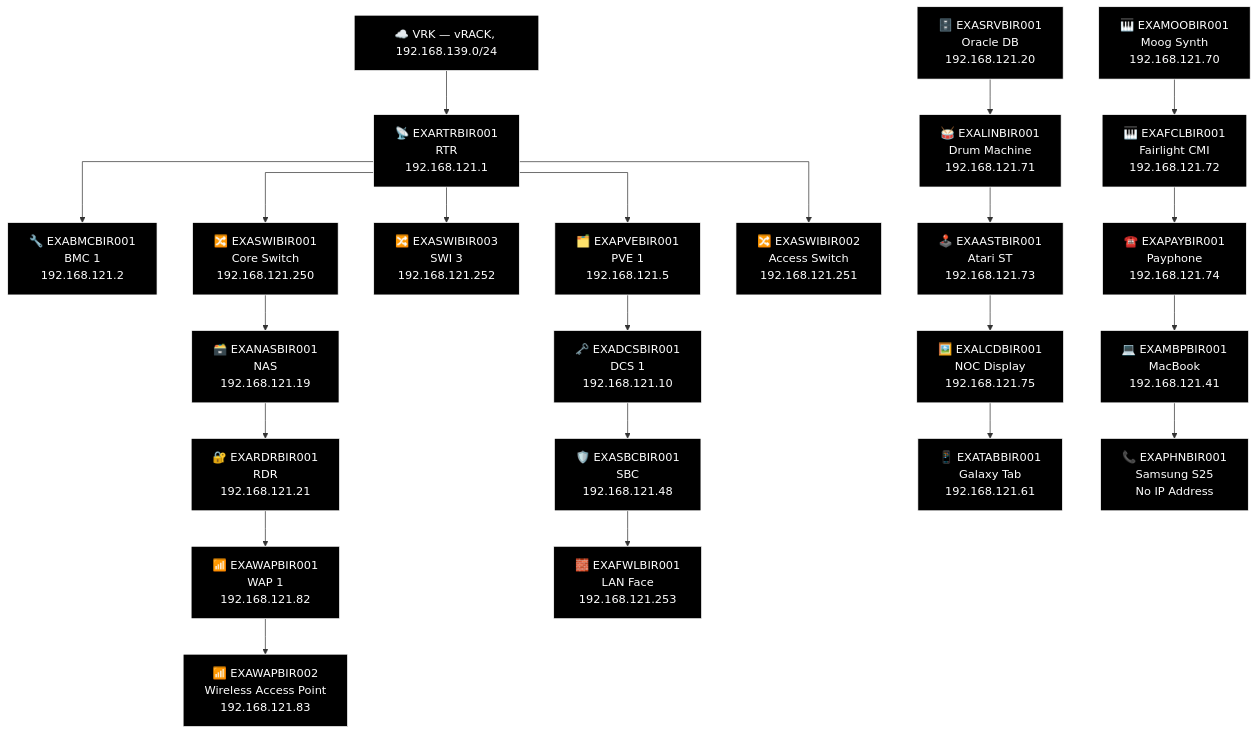
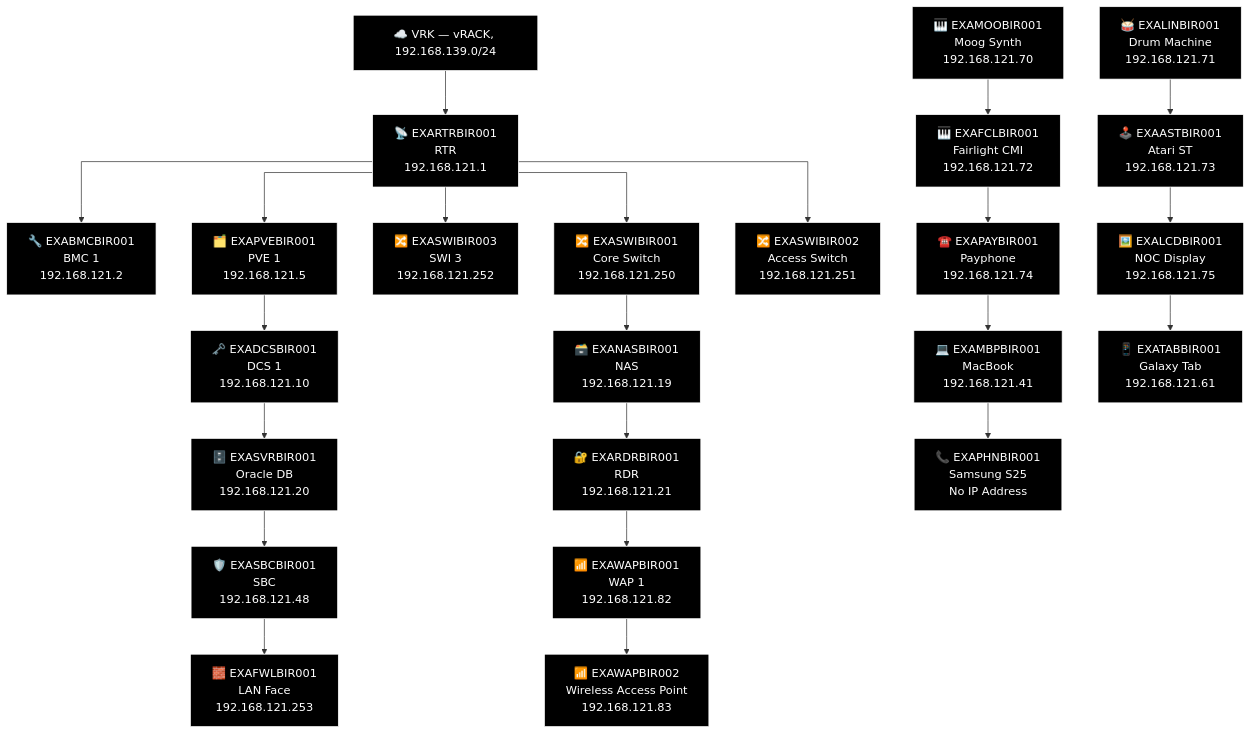
Before and after one commit to knightmare2600/example_music_infra: the sixth of 27 diagrams in docs/network-diagram/england.md, drawn with Mermaid. The commit also changed other lines of this file and 44 other files, not shown here.

````diff
--- a/docs/network-diagram/england.md
+++ b/docs/network-diagram/england.md
@@ -281,64 +281,64 @@
 ```mermaid
 %% GENERATED:TOPOLOGY:BIR:START
 %%{init: {'flowchart': {'curve': 'stepAfter'}}}%%
 graph TD
     T_VRK["☁️ VRK — vRACK, 192.168.139.0/24"]
     T_RTR["📡 EXARTRBIR001<br/>RTR<br/>192.168.121.1"]
     T_VRK --> T_RTR
     T_BMC["🔧 EXABMCBIR001<br/>BMC 1<br/>192.168.121.2"]
     T_RTR --> T_BMC
     T_PVE["🗂️ EXAPVEBIR001<br/>PVE 1<br/>192.168.121.5"]
     T_RTR --> T_PVE
     T_SWI["🔀 EXASWIBIR003<br/>SWI 3<br/>192.168.121.252"]
     T_RTR --> T_SWI
     T_SWI2["🔀 EXASWIBIR001<br/>Core Switch<br/>192.168.121.250"]
     T_RTR --> T_SWI2
     T_SWI3["🔀 EXASWIBIR002<br/>Access Switch<br/>192.168.121.251"]
     T_RTR --> T_SWI3
     T_NAS["🗃️ EXANASBIR001<br/>NAS<br/>192.168.121.19"]
     T_RDR["🔐 EXARDRBIR001<br/>RDR<br/>192.168.121.21"]
     T_WAP["📶 EXAWAPBIR001<br/>WAP 1<br/>192.168.121.82"]
     T_WAP2["📶 EXAWAPBIR002<br/>Wireless Access Point<br/>192.168.121.83"]
     T_SWI2 --> T_NAS --> T_RDR --> T_WAP --> T_WAP2
     T_DCS["🗝️ EXADCSBIR001<br/>DCS 1<br/>192.168.121.10"]
+    T_SVR["🗄️ EXASVRBIR001<br/>Oracle DB<br/>192.168.121.20"]
     T_SBC["🛡️ EXASBCBIR001<br/>SBC<br/>192.168.121.48"]
     T_FWL["🧱 EXAFWLBIR001<br/>LAN Face<br/>192.168.121.253"]
-    T_PVE --> T_DCS --> T_SBC --> T_FWL
-    T_SRV["🗄️ EXASRVBIR001<br/>Oracle DB<br/>192.168.121.20"]
+    T_PVE --> T_DCS --> T_SVR --> T_SBC --> T_FWL
     T_MOO["🎹 EXAMOOBIR001<br/>Moog Synth<br/>192.168.121.70"]
     T_LIN["🥁 EXALINBIR001<br/>Drum Machine<br/>192.168.121.71"]
     T_FCL["🎹 EXAFCLBIR001<br/>Fairlight CMI<br/>192.168.121.72"]
     T_AST["🕹️ EXAASTBIR001<br/>Atari ST<br/>192.168.121.73"]
     T_PAY["☎️ EXAPAYBIR001<br/>Payphone<br/>192.168.121.74"]
     T_LCD["🖼️ EXALCDBIR001<br/>NOC Display<br/>192.168.121.75"]
     T_MBP["💻 EXAMBPBIR001<br/>MacBook<br/>192.168.121.41"]
     T_TAB["📱 EXATABBIR001<br/>Galaxy Tab<br/>192.168.121.61"]
     T_PHN["📞 EXAPHNBIR001<br/>Samsung S25<br/>No IP Address"]
-    T_SRV --> T_LIN --> T_AST --> T_LCD --> T_TAB
     T_MOO --> T_FCL --> T_PAY --> T_MBP --> T_PHN
+    T_LIN --> T_AST --> T_LCD --> T_TAB
     style T_VRK fill:#000000,stroke:#FFFFFF,color:#FFFFFF
     style T_RTR fill:#000000,stroke:#FFFFFF,color:#FFFFFF
     style T_BMC fill:#000000,stroke:#FFFFFF,color:#FFFFFF
     style T_PVE fill:#000000,stroke:#FFFFFF,color:#FFFFFF
     style T_SWI fill:#000000,stroke:#FFFFFF,color:#FFFFFF
     style T_SWI2 fill:#000000,stroke:#FFFFFF,color:#FFFFFF
     style T_SWI3 fill:#000000,stroke:#FFFFFF,color:#FFFFFF
     style T_NAS fill:#000000,stroke:#FFFFFF,color:#FFFFFF
     style T_RDR fill:#000000,stroke:#FFFFFF,color:#FFFFFF
     style T_WAP fill:#000000,stroke:#FFFFFF,color:#FFFFFF
     style T_WAP2 fill:#000000,stroke:#FFFFFF,color:#FFFFFF
     style T_DCS fill:#000000,stroke:#FFFFFF,color:#FFFFFF
+    style T_SVR fill:#000000,stroke:#FFFFFF,color:#FFFFFF
     style T_SBC fill:#000000,stroke:#FFFFFF,color:#FFFFFF
     style T_FWL fill:#000000,stroke:#FFFFFF,color:#FFFFFF
-    style T_SRV fill:#000000,stroke:#FFFFFF,color:#FFFFFF
     style T_MOO fill:#000000,stroke:#FFFFFF,color:#FFFFFF
     style T_LIN fill:#000000,stroke:#FFFFFF,color:#FFFFFF
     style T_FCL fill:#000000,stroke:#FFFFFF,color:#FFFFFF
     style T_AST fill:#000000,stroke:#FFFFFF,color:#FFFFFF
     style T_PAY fill:#000000,stroke:#FFFFFF,color:#FFFFFF
     style T_LCD fill:#000000,stroke:#FFFFFF,color:#FFFFFF
     style T_MBP fill:#000000,stroke:#FFFFFF,color:#FFFFFF
     style T_TAB fill:#000000,stroke:#FFFFFF,color:#FFFFFF
     style T_PHN fill:#000000,stroke:#FFFFFF,color:#FFFFFF
 %% GENERATED:TOPOLOGY:BIR:END
 ```
````
